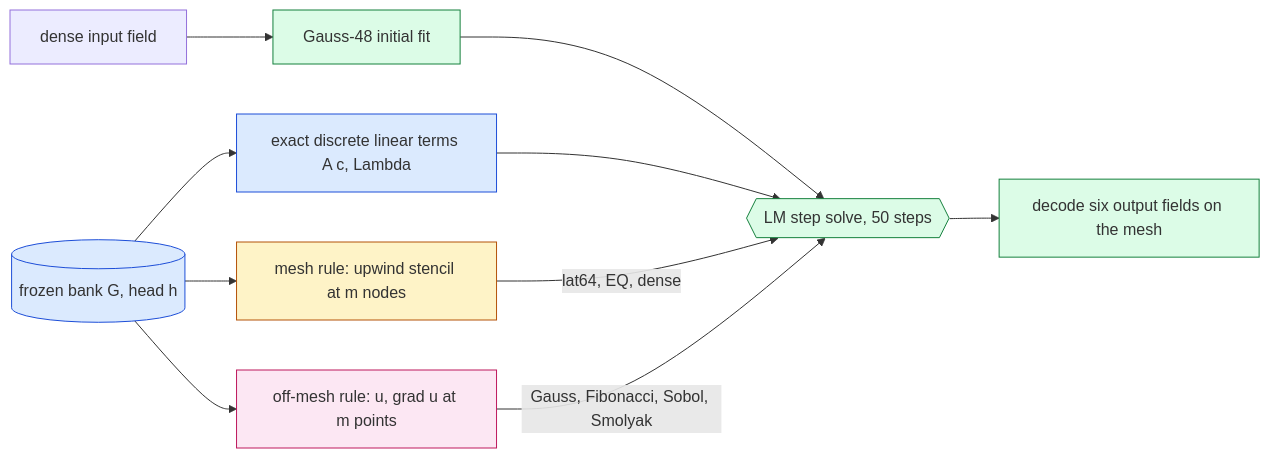
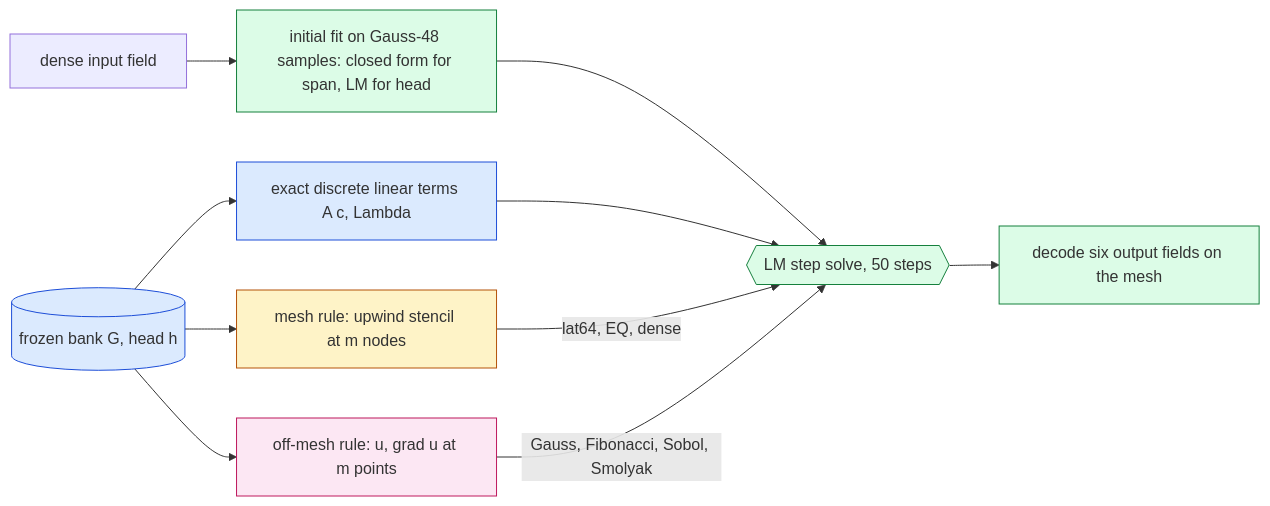
Before and after one commit to tahmidawal/Tunable-NM-ROM: the diagram in reports/2026-10-01-burgers2d-offmesh-quadrature.md, drawn with Mermaid. The commit also changed other lines of this file and 3 other files, not shown here.

Commit message:
mirror of 0f9e362a2: quadrature-study: Codex dev-results audit (0 mismatches) saved; A5 wording correction; report: case counts, scoring/timing caveats, non-matched cost caveat, diagram and glossary fixes

````diff
--- a/reports/2026-10-01-burgers2d-offmesh-quadrature.md
+++ b/reports/2026-10-01-burgers2d-offmesh-quadrature.md
@@ -22,16 +22,16 @@
 ```mermaid
 flowchart LR
-  U0[dense input field] --> IC[Gauss-48 initial fit]:::solved
+  U0[dense input field] --> IC[initial fit on Gauss-48 samples: closed form for span, LM for head]:::solved
   IC --> LM{{LM step solve, 50 steps}}:::solved
   B[(frozen bank G, head h)]:::frozen --> LIN[exact discrete linear terms A c, Lambda]:::frozen
   B --> MESH[mesh rule: upwind stencil at m nodes]:::mesh
   B --> OFF[off-mesh rule: u, grad u at m points]:::off
   LIN --> LM
   MESH -->|lat64, EQ, dense| LM
   OFF -->|Gauss, Fibonacci, Sobol, Smolyak| LM
   LM --> DEC[decode six output fields on the mesh]:::solved
   classDef frozen fill:#dbeafe,stroke:#1d4ed8;
   classDef solved fill:#dcfce7,stroke:#15803d;
   classDef mesh fill:#fef3c7,stroke:#b45309;
   classDef off fill:#fce7f3,stroke:#be185d;
 ```
````
